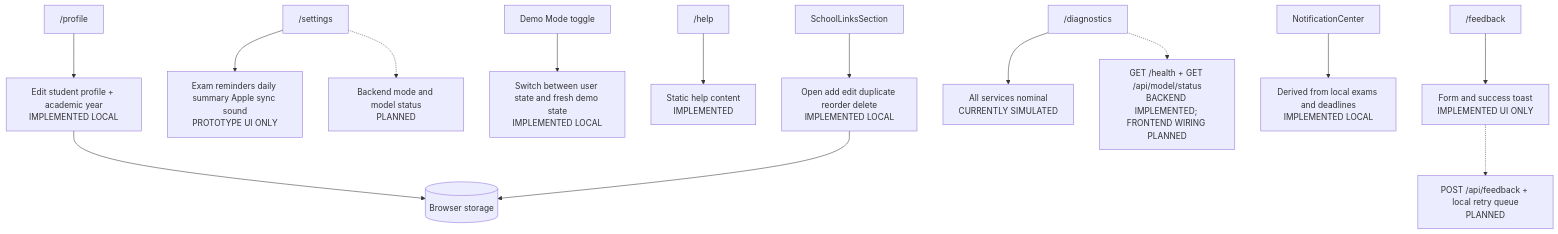
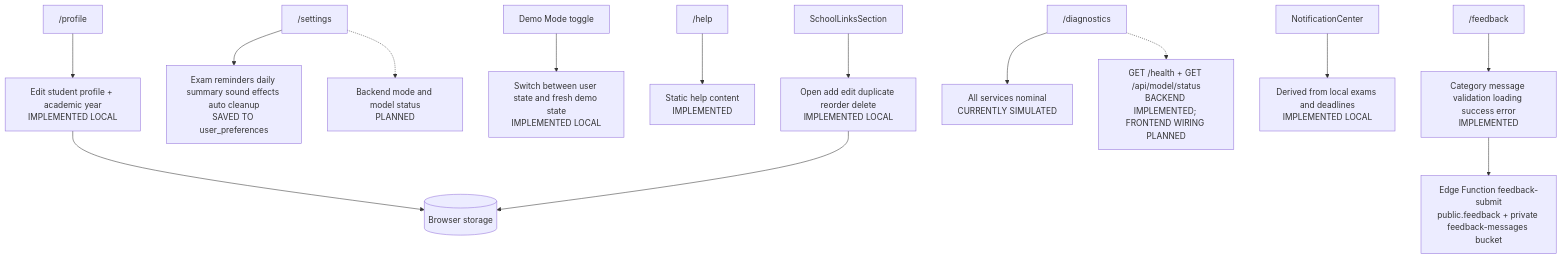
Before and after one commit to keyshavmor/study-swiss-star: diagram 14 of 15 in docs/FULL_APP_WIREFRAMES.md, drawn with Mermaid. The commit also changed 4 other files, not shown here.

````diff
--- a/docs/FULL_APP_WIREFRAMES.md
+++ b/docs/FULL_APP_WIREFRAMES.md
@@ -421,16 +421,16 @@
 ```mermaid
 flowchart TD
   Profile["/profile"] --> ProfileData[Edit student profile + academic year\nIMPLEMENTED LOCAL]
   ProfileData --> Local[(Browser storage)]
-  Settings["/settings"] --> Toggles[Exam reminders daily summary Apple sync sound\nPROTOTYPE UI ONLY]
+  Settings["/settings"] --> Toggles[Exam reminders daily summary sound effects auto cleanup\nSAVED TO user_preferences]
   Settings -.-> Model[Backend mode and model status\nPLANNED]
   Demo[Demo Mode toggle] --> DemoData[Switch between user state and fresh demo state\nIMPLEMENTED LOCAL]
   Help["/help"] --> Static[Static help content\nIMPLEMENTED]
-  Feedback["/feedback"] --> Form[Form and success toast\nIMPLEMENTED UI ONLY]
-  Form -.-> FeedbackAPI[POST /api/feedback + local retry queue\nPLANNED]
+  Feedback["/feedback"] --> Form[Category message validation loading success error\nIMPLEMENTED]
+  Form --> FeedbackFn[Edge Function feedback-submit\npublic.feedback + private feedback-messages bucket]
   Diagnostics["/diagnostics"] --> Simulated[All services nominal\nCURRENTLY SIMULATED]
   Diagnostics -.-> Health[GET /health + GET /api/model/status\nBACKEND IMPLEMENTED; FRONTEND WIRING PLANNED]
   Notifications[NotificationCenter] --> Derived[Derived from local exams and deadlines\nIMPLEMENTED LOCAL]
   SchoolLinks[SchoolLinksSection] --> LinkCRUD[Open add edit duplicate reorder delete\nIMPLEMENTED LOCAL]
   LinkCRUD --> Local
 ```
````
